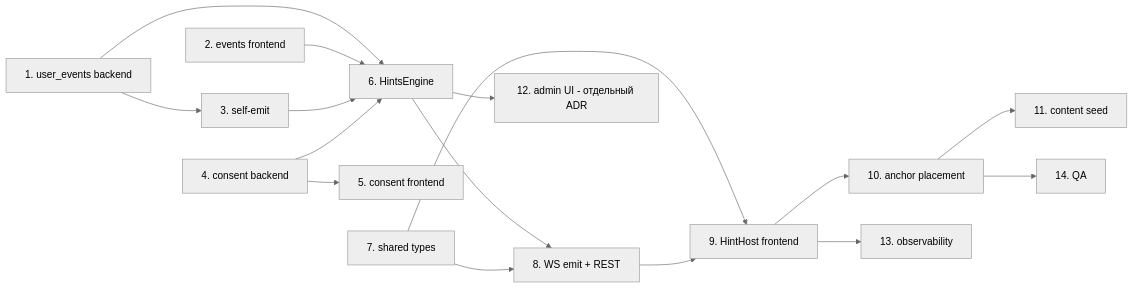
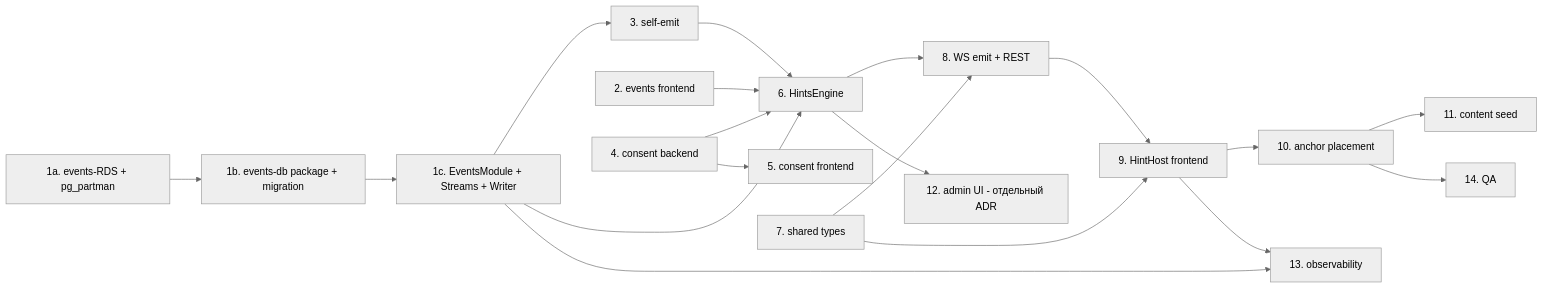
One commit to StasPiv/kingside changed the third of 3 diagrams in docs/adr/147-contextual-hints.md. Above: the diagram before and after it, drawn with Mermaid (neutral theme). The commit also changed other lines of this file, not shown here.

Commit message:
docs(adr-147): архитектура под целевой объём без смены технологии — events-RDS+pg_partman+Streams+matviews с MVP, §7A scale в рамках PG (KS-4678)

````diff
--- a/docs/adr/147-contextual-hints.md
+++ b/docs/adr/147-contextual-hints.md
@@ -481,18 +572,21 @@
 ```mermaid
 graph LR
-  T1[1. user_events backend] --> T3[3. self-emit]
-  T1 --> T6[6. HintsEngine]
+  T1A[1a. events-RDS + pg_partman] --> T1B[1b. events-db package + migration]
+  T1B --> T1C[1c. EventsModule + Streams + Writer]
+  T1C --> T3[3. self-emit]
+  T1C --> T6[6. HintsEngine]
   T2[2. events frontend] --> T6
   T3 --> T6
   T4[4. consent backend] --> T6
   T4 --> T5[5. consent frontend]
   T6 --> T8[8. WS emit + REST]
   T7[7. shared types] --> T8
   T7 --> T9[9. HintHost frontend]
   T8 --> T9
   T9 --> T10[10. anchor placement]
   T10 --> T11[11. content seed]
   T10 --> T14[14. QA]
   T6 --> T12[12. admin UI - отдельный ADR]
-  T9 --> T13[13. observability]
+  T1C --> T13[13. observability]
+  T9 --> T13
 ```
````
